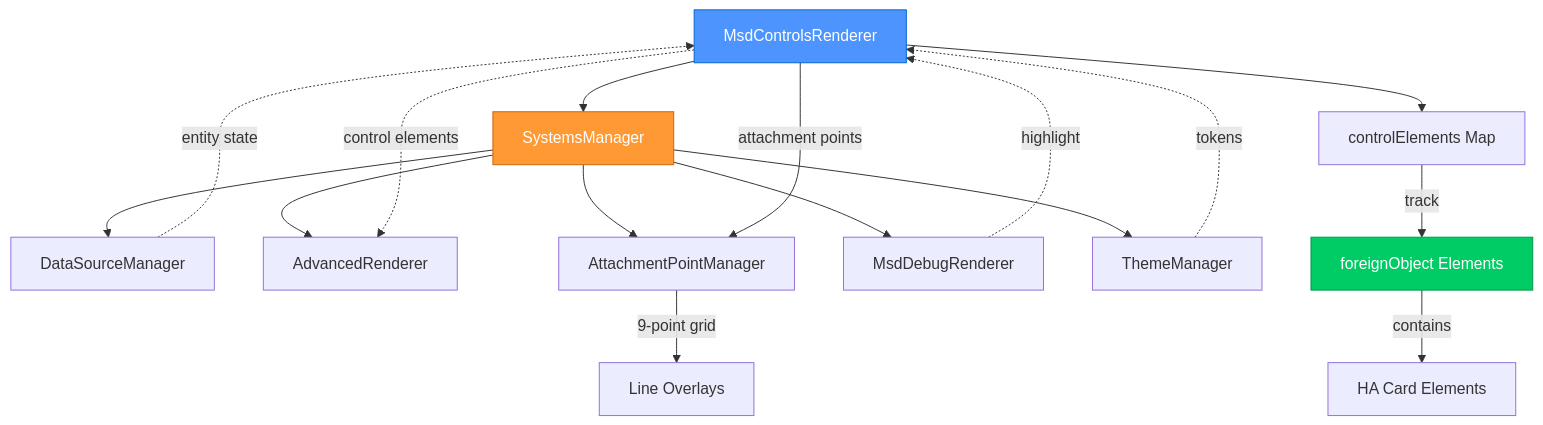
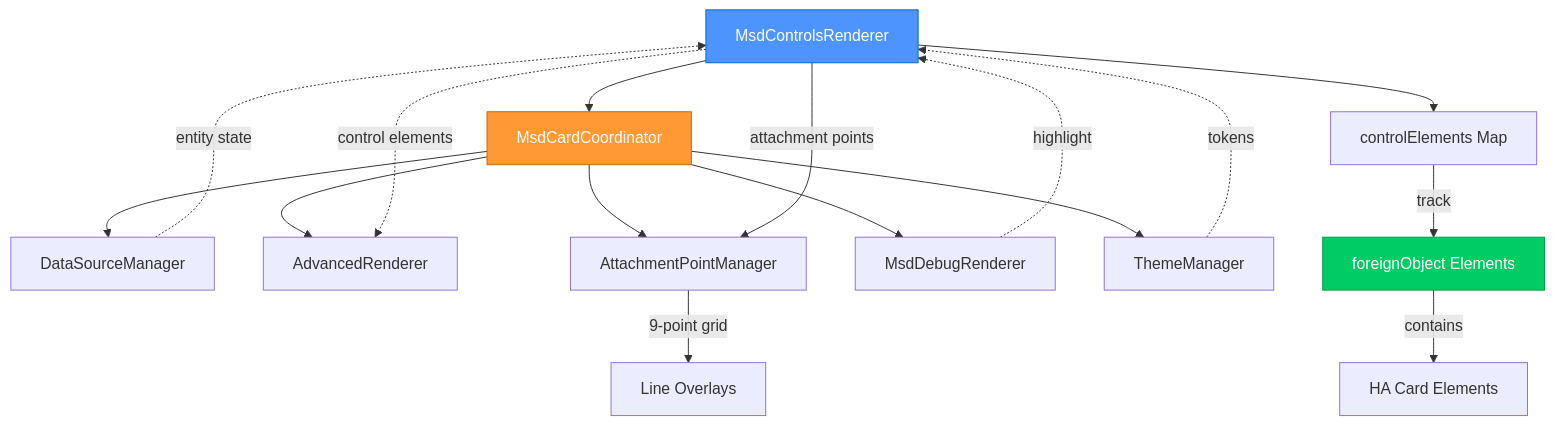
Before and after one commit to solhuebner/lcards: the ninth of 9 diagrams in doc/architecture/subsystems/control-overlay-system.md, drawn with Mermaid. The commit also changed other lines of this file and 22 other files, not shown here.

Commit message:
Phase 2: Rename SystemsManager to MsdCardCoordinator in code and documentation

````diff
--- a/doc/architecture/subsystems/control-overlay-system.md
+++ b/doc/architecture/subsystems/control-overlay-system.md
@@ -516,25 +516,25 @@
 ```mermaid
 graph TB
-    Controls[MsdControlsRenderer] --> Systems[SystemsManager]
+    Controls[MsdControlsRenderer] --> Systems[MsdCardCoordinator]
 
     Systems --> DS[DataSourceManager]
     Systems --> Renderer[AdvancedRenderer]
     Systems --> APM[AttachmentPointManager]
     Systems --> Debug[MsdDebugRenderer]
     Systems --> Theme[ThemeManager]
 
     DS -.->|entity state| Controls
     Controls -.->|control elements| Renderer
     Controls -->|attachment points| APM
     APM -->|9-point grid| Lines[Line Overlays]
     Debug -.->|highlight| Controls
     Theme -.->|tokens| Controls
 
     Controls --> Map[controlElements Map]
     Map -->|track| Foreign[foreignObject Elements]
     Foreign -->|contains| Cards[HA Card Elements]
 
     style Controls fill:#4d94ff,stroke:#0066cc,color:#fff
     style Systems fill:#ff9933,stroke:#cc6600,color:#fff
     style Foreign fill:#00cc66,stroke:#009944,color:#fff
 ```
````
